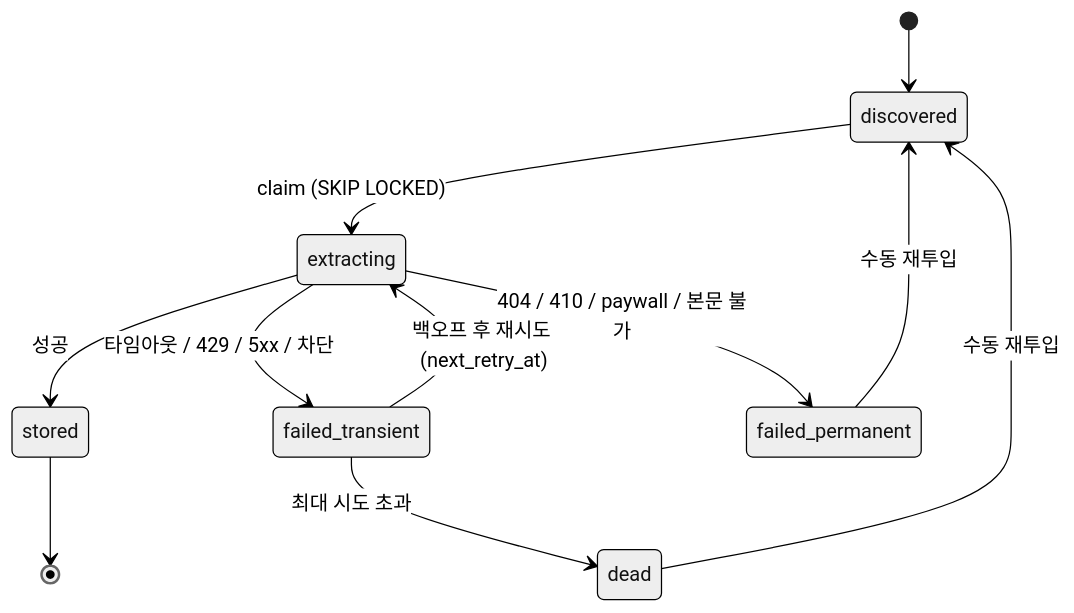
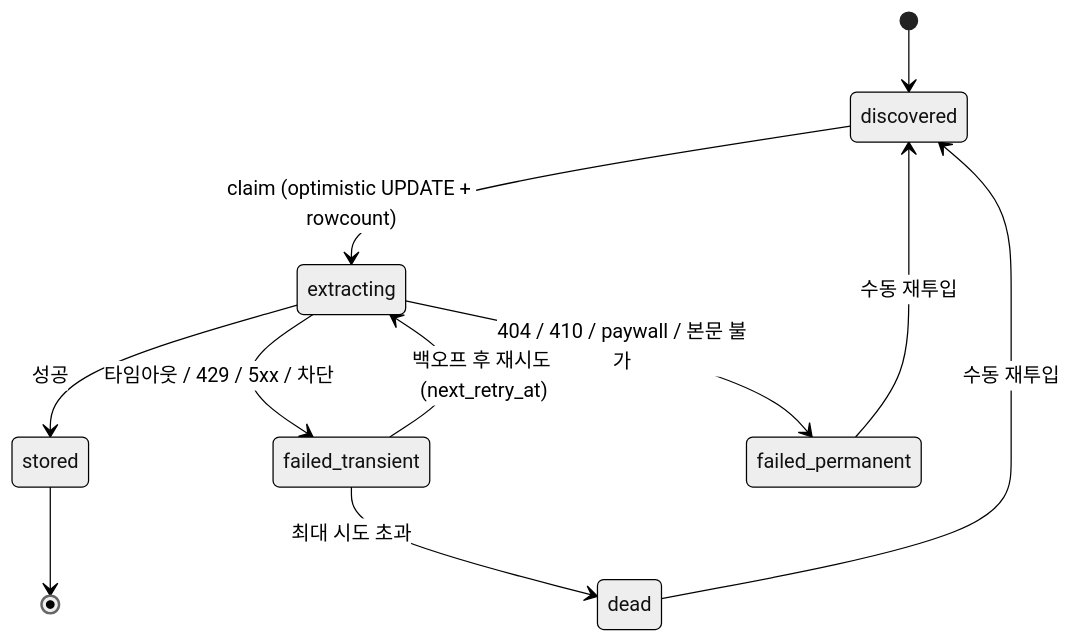
One commit to JHS-on-Lab/discovery-worker changed the third of 3 diagrams in docs/discovery-worker-design.md. Above: the diagram before and after it, drawn with Mermaid (neutral theme). The commit also changed other lines of this file and 3 other files, not shown here.

First line of the commit message:
docs: SKIP LOCKED 관련 서술을 실제 낙관적 클레임 방식으로 정정

````diff
--- a/docs/discovery-worker-design.md
+++ b/docs/discovery-worker-design.md
@@ -319,13 +319,13 @@
 ```mermaid
 stateDiagram-v2
   [*] --> discovered
-  discovered --> extracting: claim (SKIP LOCKED)
+  discovered --> extracting: claim (optimistic UPDATE + rowcount)
   extracting --> stored: 성공
   extracting --> failed_transient: 타임아웃 / 429 / 5xx / 차단
   extracting --> failed_permanent: 404 / 410 / paywall / 본문 불가
   failed_transient --> extracting: 백오프 후 재시도 (next_retry_at)
   failed_transient --> dead: 최대 시도 초과
   failed_permanent --> discovered: 수동 재투입
   dead --> discovered: 수동 재투입
   stored --> [*]
 ```
````
